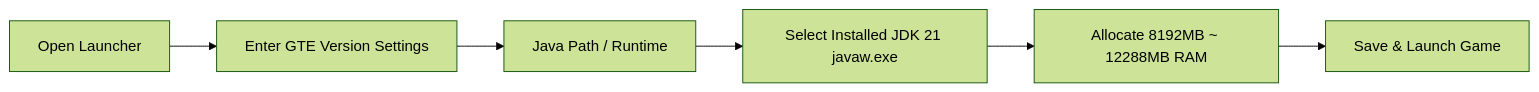
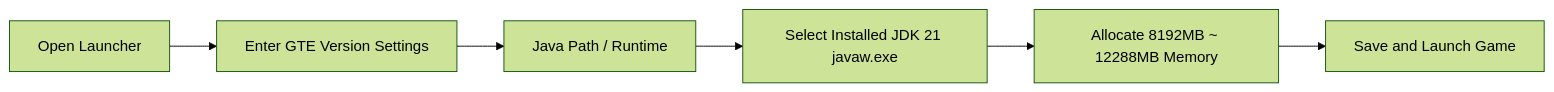
The diagram in docs/en/download-and-play/lazy-pack.md (takanashisatou/GregtechEasy), drawn with Mermaid (forest theme) before and after one commit. The commit also changed other lines of this file and 162 other files, not shown here.

````diff
--- a/docs/en/download-and-play/lazy-pack.md
+++ b/docs/en/download-and-play/lazy-pack.md
@@ -57,8 +57,8 @@
 ```mermaid
 graph LR
     A[Open Launcher] --> B[Enter GTE Version Settings]
     B --> C[Java Path / Runtime]
     C --> D[Select Installed JDK 21 javaw.exe]
-    D --> E[Allocate 8192MB ~ 12288MB RAM]
-    E --> F[Save & Launch Game]
+    D --> E[Allocate 8192MB ~ 12288MB Memory]
+    E --> F[Save and Launch Game]
 ```
````
